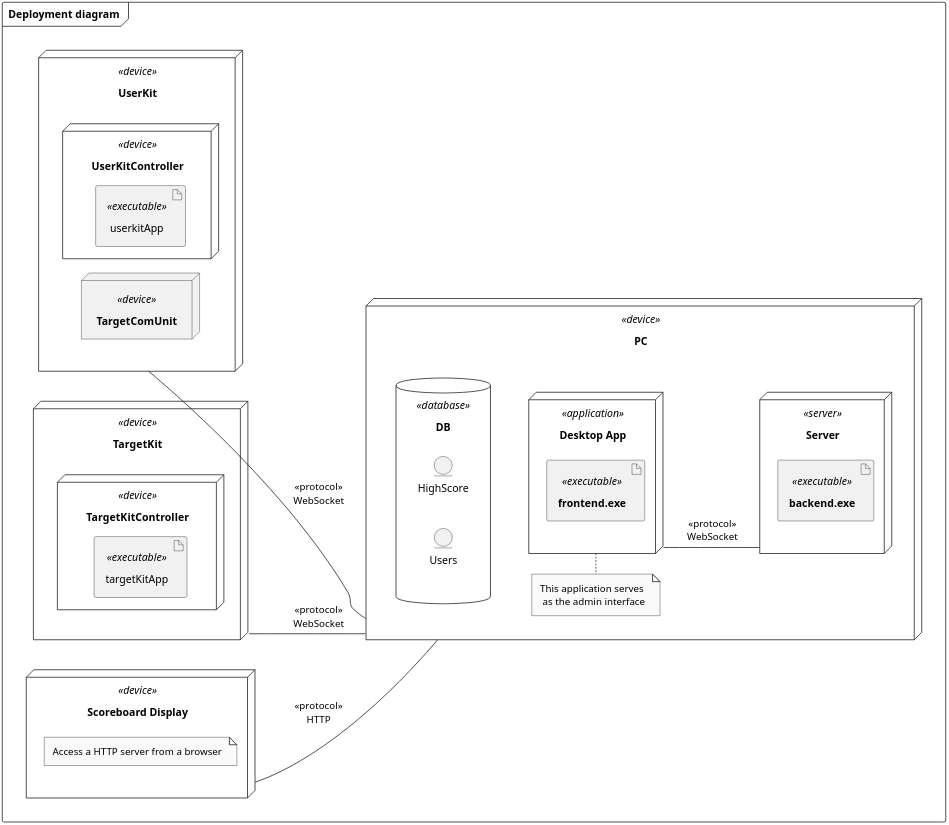
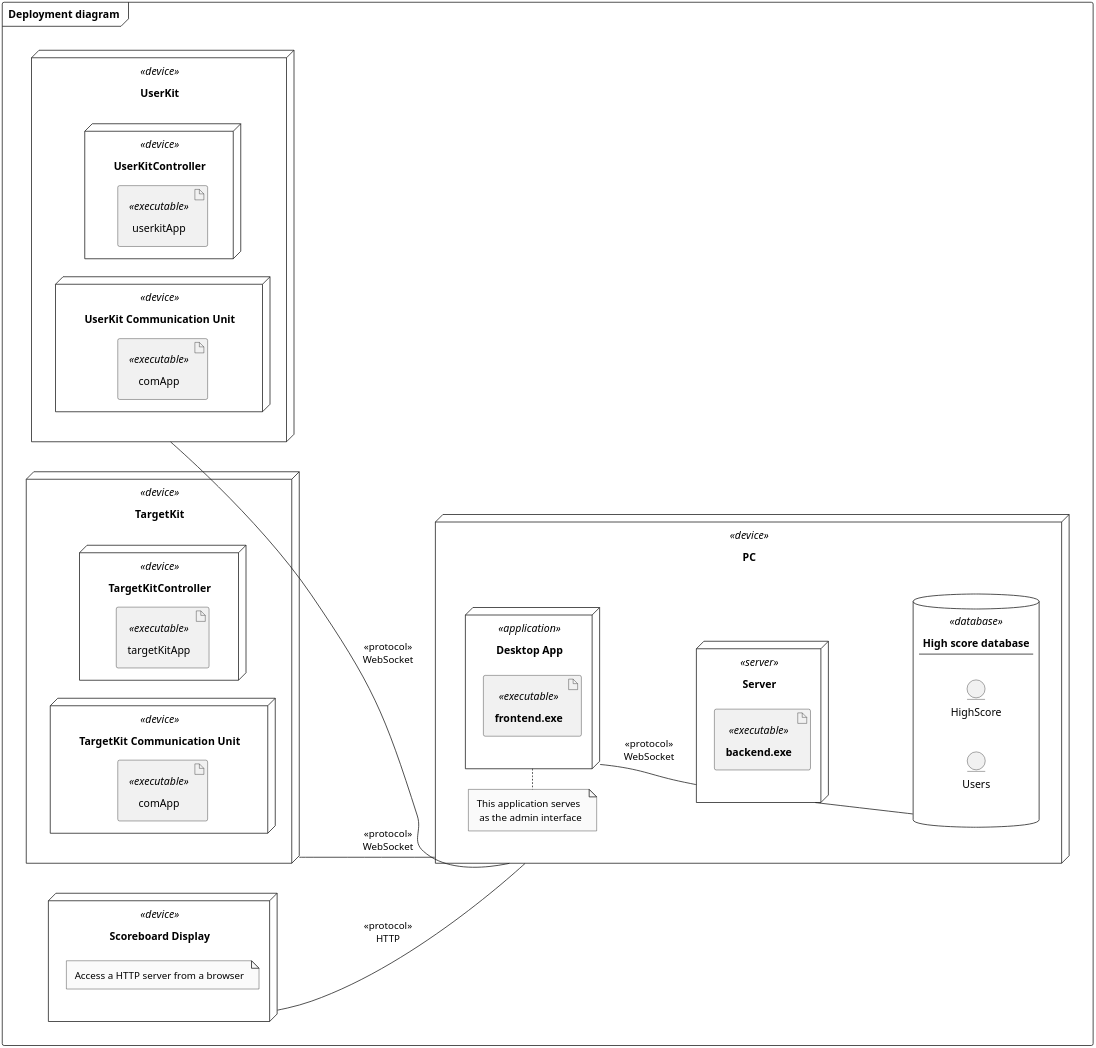
The diagram in PlantUML/src/deployment_diagram.plantuml (LasseKrarup/Laser-Tag-Project), drawn with PlantUML before and after one commit. The commit also changed 2 other files, not shown here.

Commit message:
Revised deployment diagram

```diff
--- a/PlantUML/src/deployment_diagram.plantuml
+++ b/PlantUML/src/deployment_diagram.plantuml
@@ -1,64 +1,67 @@
 @startuml deployment_diagram
 
 left to right direction
 
 skinparam {
     monochrome true
     dpi 300
     padding 5
     packageStyle rectangle
     packageStyle frame
     shadowing false
 }
 
 frame "Deployment diagram" {
 
 node "<b>PC" <<device>> as PC {
     node "<b>Desktop App" <<application>> as desktopApp {
         artifact "<b>frontend.exe" <<executable>> as frontend
     }
     note "This application serves\n as the admin interface" as N2
     N2 .left. desktopApp
 
-    DB -[hidden]-> N2
-
     node "<b>Server" <<server>> as server {
         artifact "<b>backend.exe" <<executable>> as backend
     }
 
     database "<b>High score database\n----" <<database>> as DB {
         entity "HighScore"
         entity "Users"
     }
 }
 
 node "<b>UserKit" <<device>> as UserKit {
     node "<b>UserKitController" <<device>> as userKitCtrl {
         artifact "userkitApp" <<executable>>
     }
 
-    node "<b>Communication unit" <<device>> as comUnit
+    node "<b>UserKit Communication Unit" <<device>> as UsrComUnit {
+        artifact "comApp" <<executable>> as usrComApp
+    }
 }
 
 node "<b>TargetKit" <<device>> as TargetKit {
     node "<b>TargetKitController" <<device>> as targetKitCtrl {
         artifact "targetKitApp" <<executable>>
     }
 
-    node "<b>TargetComUnit" <<device>> as comUnit
+    node "<b>TargetKit Communication Unit" <<device>> as TrgtComUnit {
+        artifact "comApp" <<executable>> as trgtComApp
+    }
 }
 
 node "<b>Scoreboard Display" <<device>> as scoreboard {
     note "Access a HTTP server from a browser" as N1
 }
 
 UserKit -- PC : <<protocol>>\nWebSocket
 TargetKit -- PC : <<protocol>>\nWebSocket
 scoreboard -- PC : <<protocol>>\nHTTP
+server -- DB
 
 
 desktopApp -- server : <<protocol>>\nWebSocket
 
 }
 
 @enduml
```
